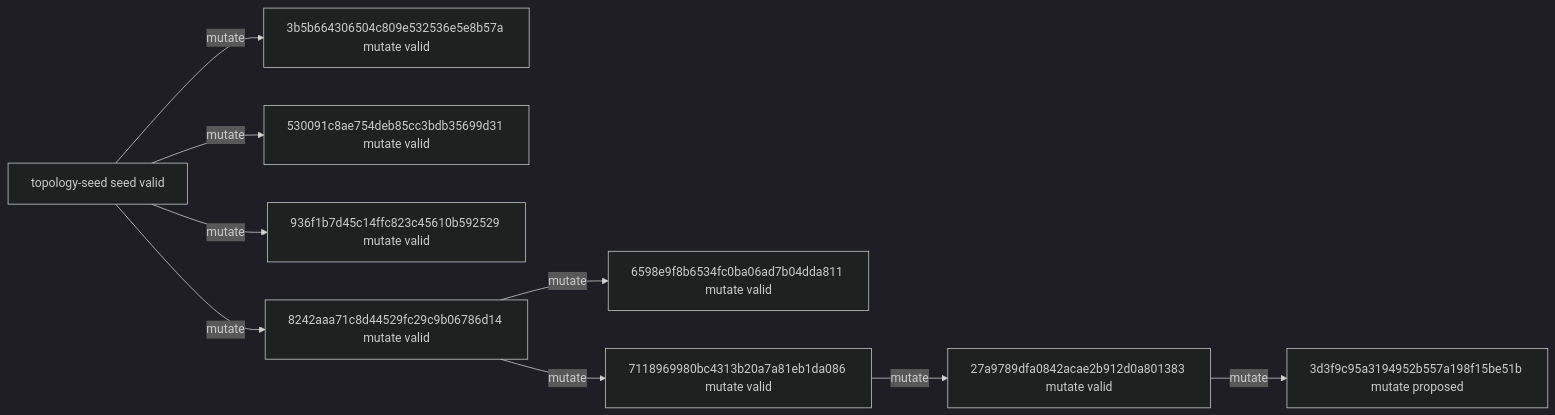
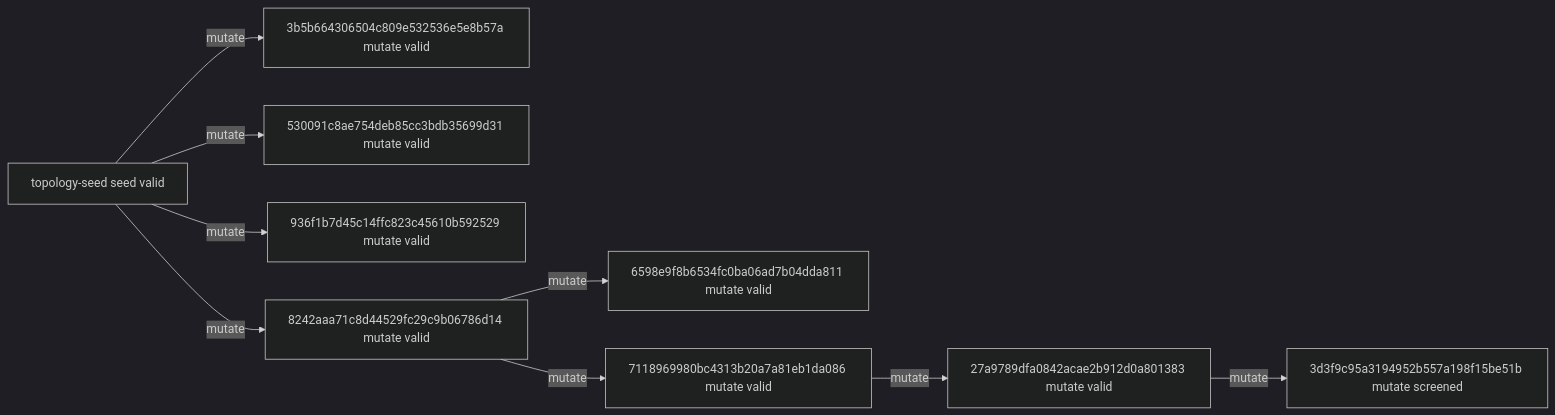
The diagram in experiments/campaigns/layout-numerical-lane1/README.md (timbtz/feyer-search-lab), drawn with Mermaid (dark theme) before and after one commit. The commit also changed other lines of this file and 7 other files, not shown here.

````diff
--- a/experiments/campaigns/layout-numerical-lane1/README.md
+++ b/experiments/campaigns/layout-numerical-lane1/README.md
@@ -21,20 +21,20 @@
 ```mermaid
 graph LR
   n0["topology-seed seed valid"]
   n1["3b5b664306504c809e532536e5e8b57a mutate valid"]
   n2["530091c8ae754deb85cc3bdb35699d31 mutate valid"]
   n3["936f1b7d45c14ffc823c45610b592529 mutate valid"]
   n4["8242aaa71c8d44529fc29c9b06786d14 mutate valid"]
   n5["6598e9f8b6534fc0ba06ad7b04dda811 mutate valid"]
   n6["7118969980bc4313b20a7a81eb1da086 mutate valid"]
   n7["27a9789dfa0842acae2b912d0a801383 mutate valid"]
-  n8["3d3f9c95a3194952b557a198f15be51b mutate proposed"]
+  n8["3d3f9c95a3194952b557a198f15be51b mutate screened"]
   n0 -->|mutate| n1
   n0 -->|mutate| n2
   n0 -->|mutate| n3
   n0 -->|mutate| n4
   n4 -->|mutate| n5
   n4 -->|mutate| n6
   n6 -->|mutate| n7
   n7 -->|mutate| n8
 ```
````
